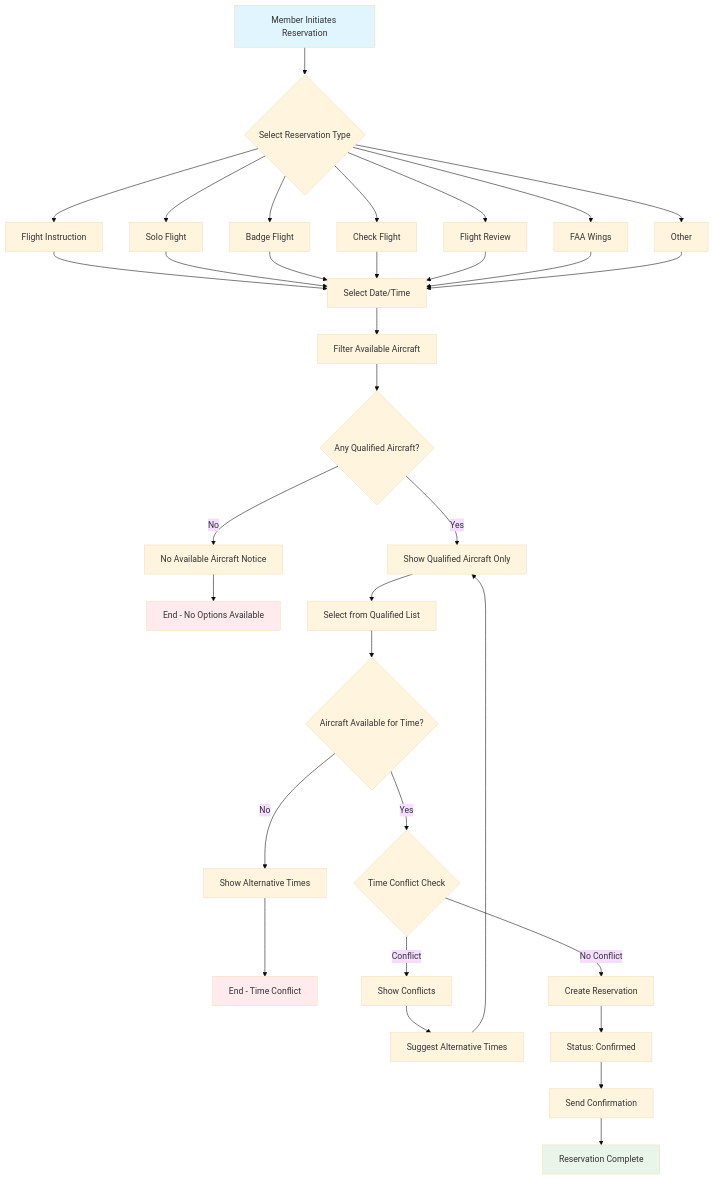
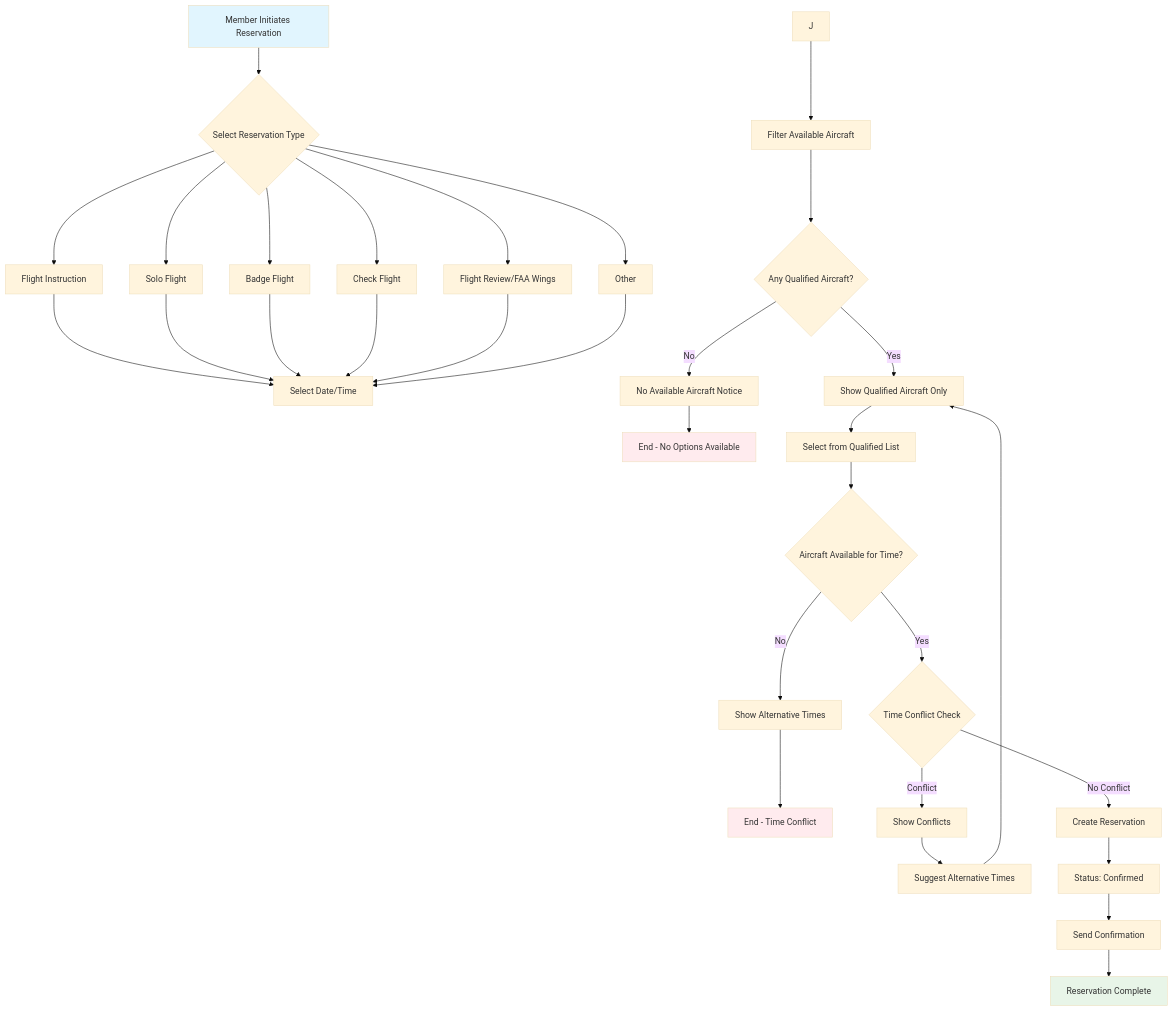
The first of 6 diagrams in docs/workflows/issue-190-glider-reservation-design.md (pietbarber/Manage2Soar), drawn with Mermaid (base theme) before and after one commit. The commit also changed other lines of this file, not shown here.

````diff
--- a/docs/workflows/issue-190-glider-reservation-design.md
+++ b/docs/workflows/issue-190-glider-reservation-design.md
@@ -10,49 +10,47 @@
 ```mermaid
 flowchart TD
     A[Member Initiates Reservation] --> B{Select Reservation Type}
     
     B --> C[Flight Instruction]
     B --> D[Solo Flight]
     B --> E[Badge Flight]
     B --> F[Check Flight]
-    B --> G[Flight Review]
-    B --> H[FAA Wings]
-    B --> I[Other]
+    B --> G[Flight Review/FAA Wings]
+    B --> H[Other]
     
-    C --> J[Select Date/Time]
-    D --> J
-    E --> J
-    F --> J
-    G --> J
-    H --> J
-    I --> J
+    C --> I[Select Date/Time]
+    D --> I
+    E --> I
+    F --> I
+    G --> I
+    H --> I
     
     J --> K[Filter Available Aircraft]
     K --> L{Any Qualified Aircraft?}
     
     L -->|No| M[No Available Aircraft Notice]
     M --> N[End - No Options Available]
     
     L -->|Yes| O[Show Qualified Aircraft Only]
     O --> P[Select from Qualified List]
     P --> Q{Aircraft Available for Time?}
     
     Q -->|No| R[Show Alternative Times]
     R --> S[End - Time Conflict]
     
     Q -->|Yes| T{Time Conflict Check}
     T -->|Conflict| U[Show Conflicts]
     U --> V[Suggest Alternative Times]
     V --> O
     
     T -->|No Conflict| Y[Create Reservation]
     
     Y --> DD[Status: Confirmed]
     DD --> EE[Send Confirmation]
     EE --> FF[Reservation Complete]
     
     style A fill:#e1f5fe
     style FF fill:#e8f5e8
     style N fill:#ffebee
     style S fill:#ffebee
 ```
````
